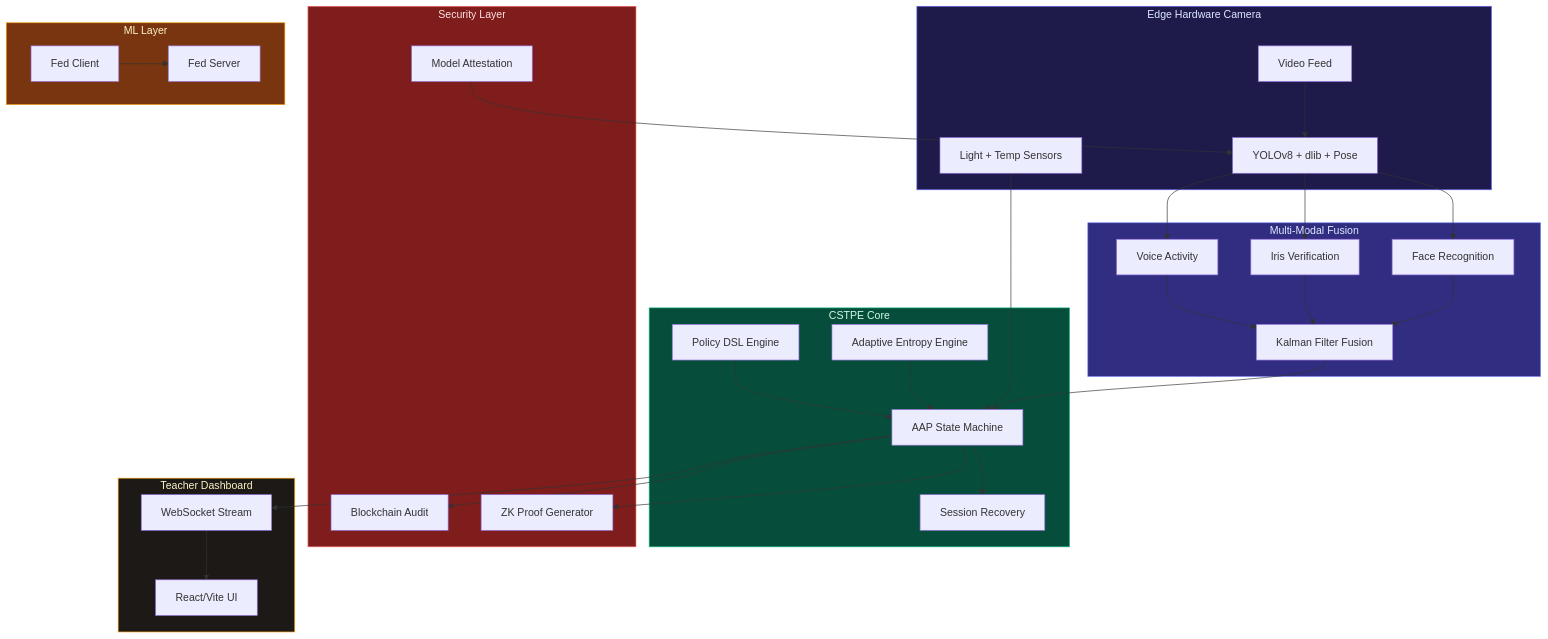
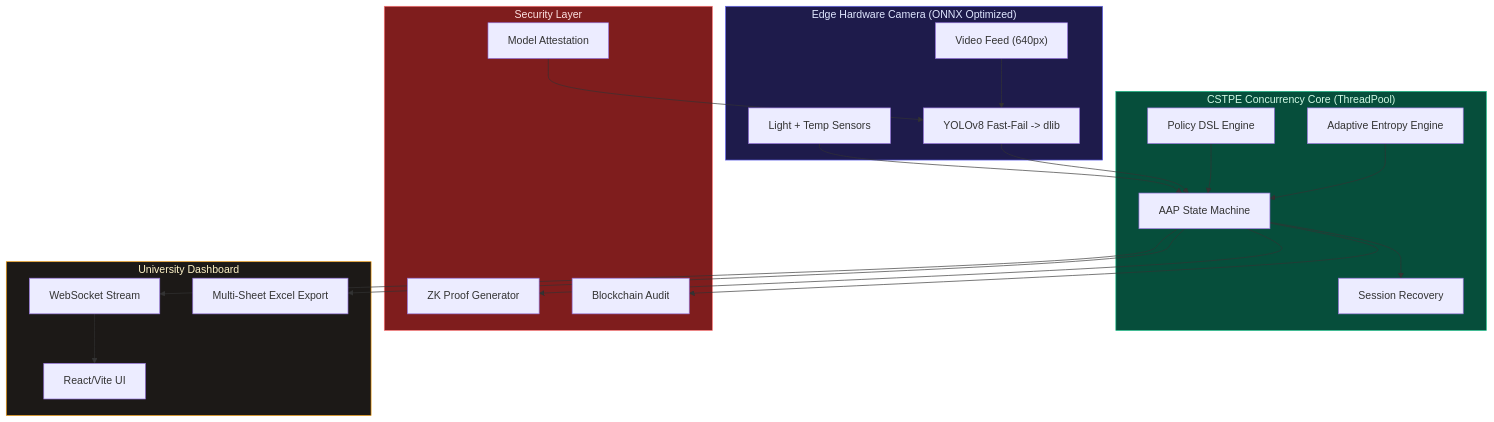
Before and after one commit to Harshit-ai-ai/Smart-Classroom-System: the diagram in README.md, drawn with Mermaid. The commit also changed other lines of this file, not shown here.

First line of the commit message:
docs: Comprehensive 10k-scale University architecture update

````diff
--- a/README.md
+++ b/README.md
@@ -114,64 +112,45 @@
 ```mermaid
 graph TB
-    subgraph Edge ["Edge Hardware Camera"]
-        Feed["Video Feed"]
+    subgraph Edge ["Edge Hardware Camera (ONNX Optimized)"]
+        Feed["Video Feed (640px)"]
         ENV["Light + Temp Sensors"]
-        CV["YOLOv8 + dlib + Pose"]
+        CV["YOLOv8 Fast-Fail -> dlib"]
     end
 
-    subgraph Biometrics ["Multi-Modal Fusion"]
-        FACE["Face Recognition"]
-        IRIS["Iris Verification"]
-        VOICE["Voice Activity"]
-        KALMAN["Kalman Filter Fusion"]
-    end
-
-    subgraph Core ["CSTPE Core"]
+    subgraph Core ["CSTPE Concurrency Core (ThreadPool)"]
         POLICY["Policy DSL Engine"]
         ENTROPY["Adaptive Entropy Engine"]
         AAP["AAP State Machine"]
         RECOVERY["Session Recovery"]
     end
 
     subgraph Security ["Security Layer"]
         ATTEST["Model Attestation"]
         ZK["ZK Proof Generator"]
         CHAIN["Blockchain Audit"]
     end
 
-    subgraph ML ["ML Layer"]
-        FED_C["Fed Client"]
-        FED_S["Fed Server"]
-    end
-
-    subgraph Dashboard ["Teacher Dashboard"]
+    subgraph Dashboard ["University Dashboard"]
         UI["React/Vite UI"]
         WS["WebSocket Stream"]
+        EXCEL["Multi-Sheet Excel Export"]
     end
 
     Feed --> CV
     ENV --> AAP
-    CV --> FACE
-    CV --> IRIS
-    CV --> VOICE
-    FACE --> KALMAN
-    IRIS --> KALMAN
-    VOICE --> KALMAN
-    KALMAN --> AAP
+    CV --> AAP
     POLICY --> AAP
     ENTROPY --> AAP
     AAP --> RECOVERY
     AAP --> ZK
     AAP --> CHAIN
     ATTEST --> CV
-    FED_C --> FED_S
     AAP --> WS
     WS --> UI
+    AAP --> EXCEL
 
     style Edge fill:#1e1b4b,stroke:#6366f1,color:#e0e7ff
-    style Biometrics fill:#312e81,stroke:#818cf8,color:#e0e7ff
     style Core fill:#064e3b,stroke:#10b981,color:#d1fae5
     style Security fill:#7f1d1d,stroke:#f87171,color:#fee2e2
-    style ML fill:#78350f,stroke:#f59e0b,color:#fef3c7
     style Dashboard fill:#1c1917,stroke:#f59e0b,color:#fef3c7
 ```
````
